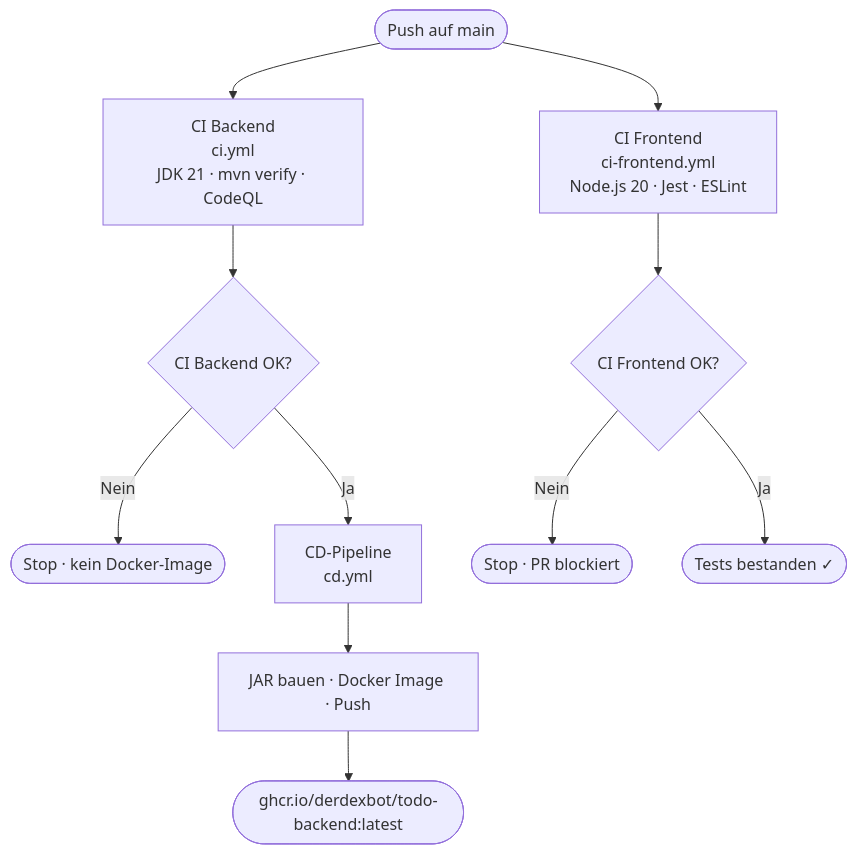
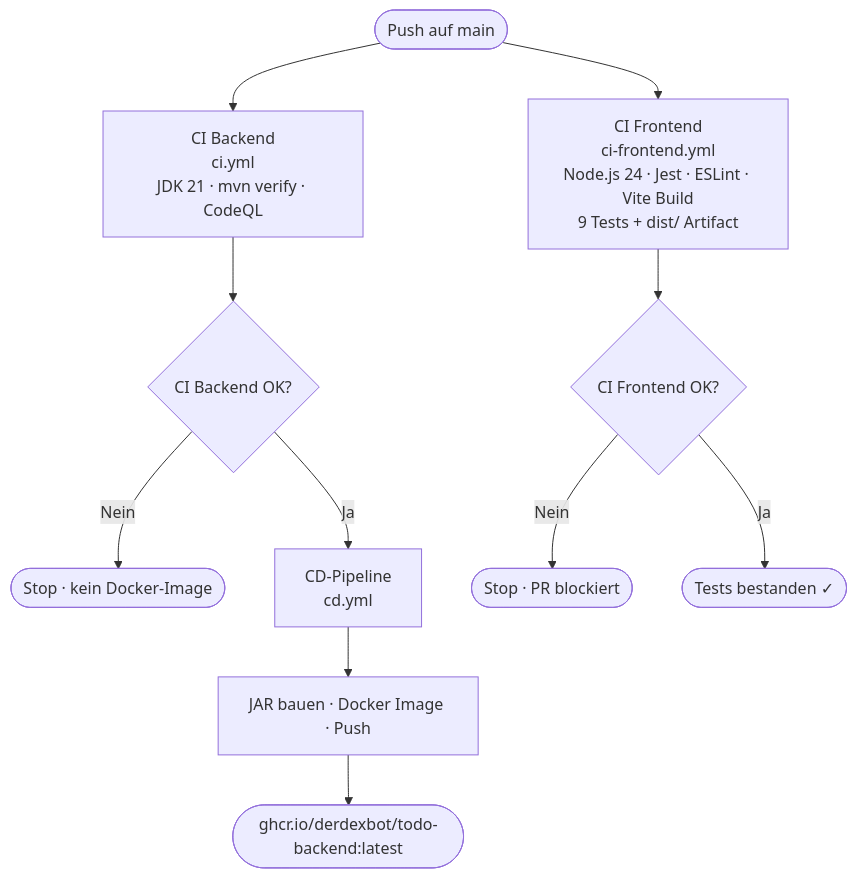
One commit to DerDexBot/Modul_324_DevOps changed the first of 3 diagrams in backend/docs/CI/ci-frontend-dokumentation.md. Above: the diagram before and after it, drawn with Mermaid. The commit also changed other lines of this file and 3 other files, not shown here.

First line of the commit message:
feat(ci-frontend): Vite-Build und downloadbares dist/-Artefakt hinzufügen

````diff
--- a/backend/docs/CI/ci-frontend-dokumentation.md
+++ b/backend/docs/CI/ci-frontend-dokumentation.md
@@ -18,18 +18,18 @@
 ```mermaid
 flowchart TD
     A([Push auf main]) --> B & C
 
     B["CI Backend\nci.yml\nJDK 21 · mvn verify · CodeQL"]
-    C["CI Frontend\nci-frontend.yml\nNode.js 20 · Jest · ESLint"]
+    C["CI Frontend\nci-frontend.yml\nNode.js 24 · Jest · ESLint · Vite Build\n9 Tests + dist/ Artifact"]
 
     B --> D{CI Backend OK?}
     D -- Nein --> E([Stop · kein Docker-Image])
     D -- Ja --> F["CD-Pipeline\ncd.yml"]
 
     C --> G{CI Frontend OK?}
     G -- Nein --> H([Stop · PR blockiert])
     G -- Ja --> I([Tests bestanden ✓])
 
     F --> J["JAR bauen · Docker Image · Push"]
     J --> K([ghcr.io/derdexbot/todo-backend:latest])
 ```
````
